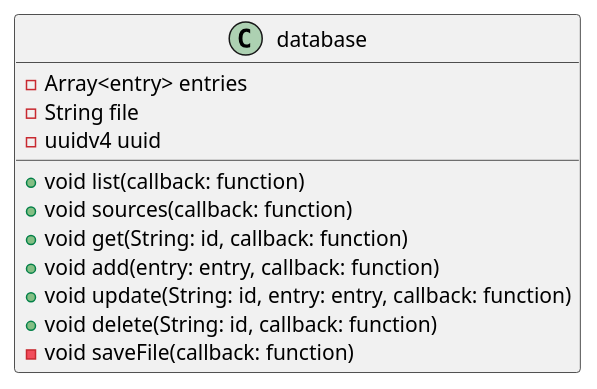
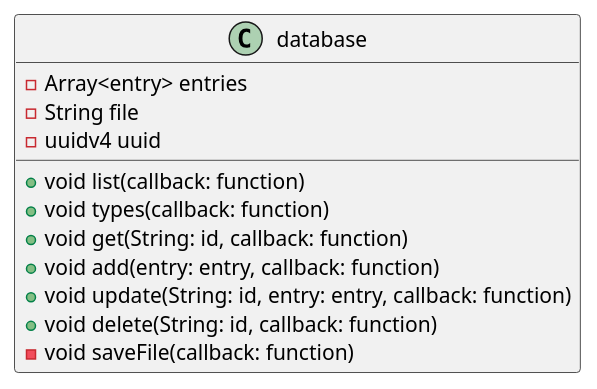
The diagram in docs/classes.puml (TeamTIMO/timo-data), drawn with PlantUML before and after one commit. The commit also changed 15 other files, not shown here.

```diff
--- a/docs/classes.puml
+++ b/docs/classes.puml
@@ -1,14 +1,14 @@
 @startuml
 class database {
   - Array<entry> entries
   - String file
   - uuidv4 uuid
   + {method} void list(callback: function)
-  + {method} void sources(callback: function)
+  + {method} void types(callback: function)
   + {method} void get(String: id, callback: function)
   + {method} void add(entry: entry, callback: function)
   + {method} void update(String: id, entry: entry, callback: function)
   + {method} void delete(String: id, callback: function)
   - {method} void saveFile(callback: function)
 }
 @enduml
```
